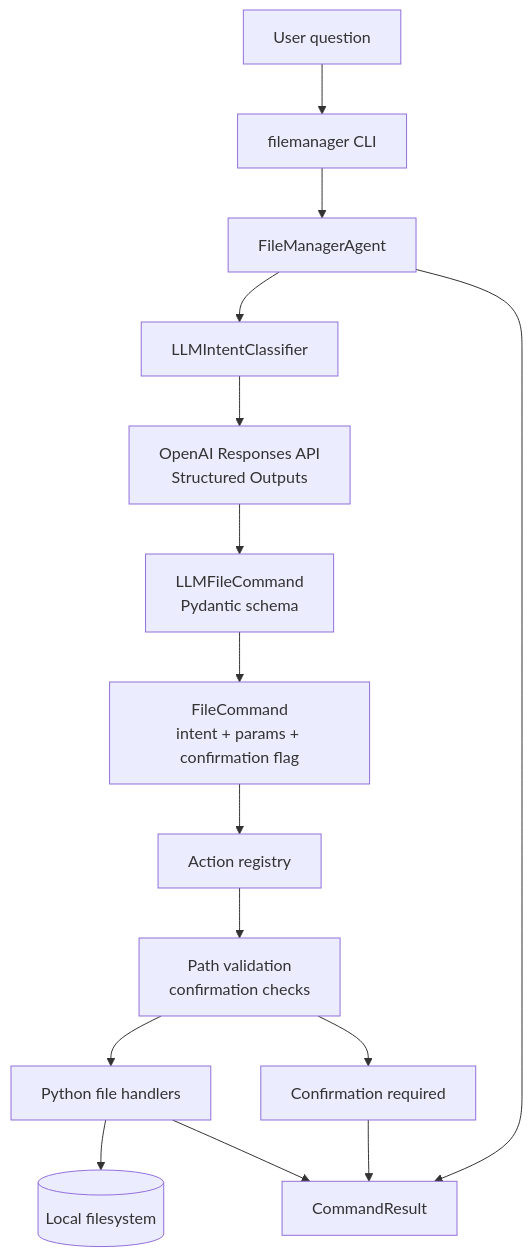
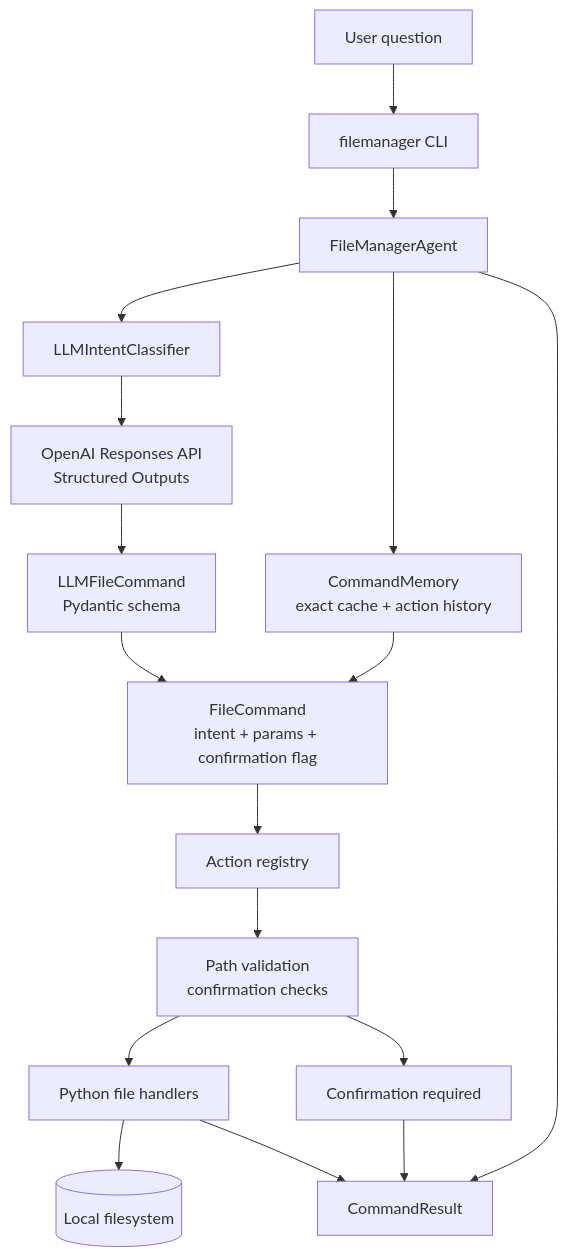
The diagram in README.md (nmadhire-agents/file-manager), drawn with Mermaid before and after one commit. The commit also changed other lines of this file and 4 other files, not shown here.

Commit message:
Add filemanager command memory

````diff
--- a/README.md
+++ b/README.md
@@ -52,17 +58,19 @@
 ```mermaid
 flowchart TD
     U[User question] --> CLI[filemanager CLI]
     CLI --> Agent[FileManagerAgent]
     Agent --> Classifier[LLMIntentClassifier]
+    Agent --> Memory[CommandMemory<br/>exact cache + action history]
+    Memory --> Command
     Classifier --> OpenAI[OpenAI Responses API<br/>Structured Outputs]
     OpenAI --> Schema[LLMFileCommand<br/>Pydantic schema]
     Schema --> Command[FileCommand<br/>intent + params + confirmation flag]
     Command --> Registry[Action registry]
     Registry --> Safety[Path validation<br/>confirmation checks]
     Safety --> Handlers[Python file handlers]
     Handlers --> FS[(Local filesystem)]
     Safety --> Confirm[Confirmation required]
     Agent --> Result[CommandResult]
     Confirm --> Result
     Handlers --> Result
 ```
````
